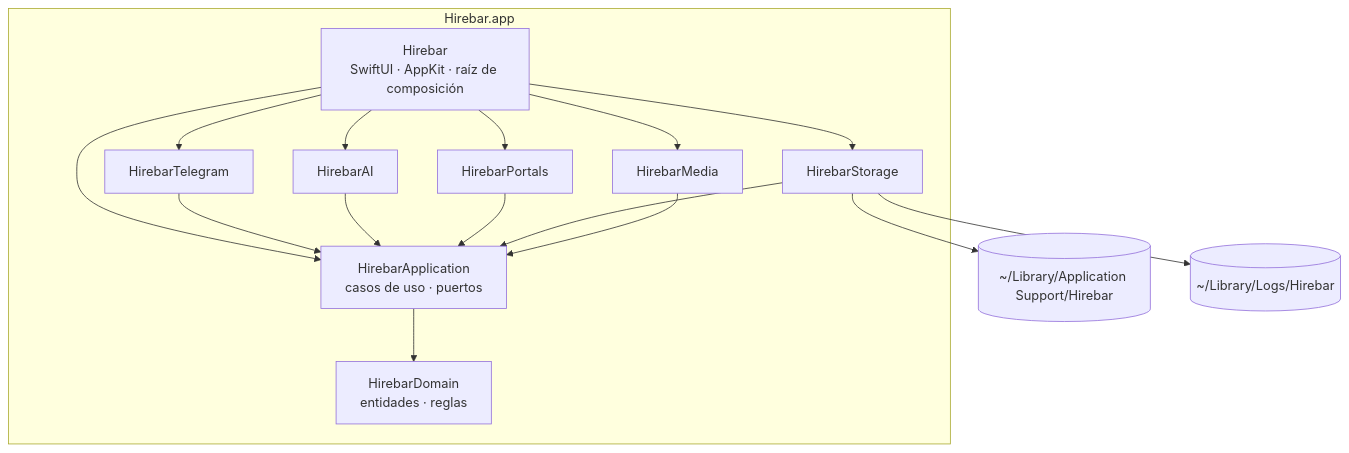
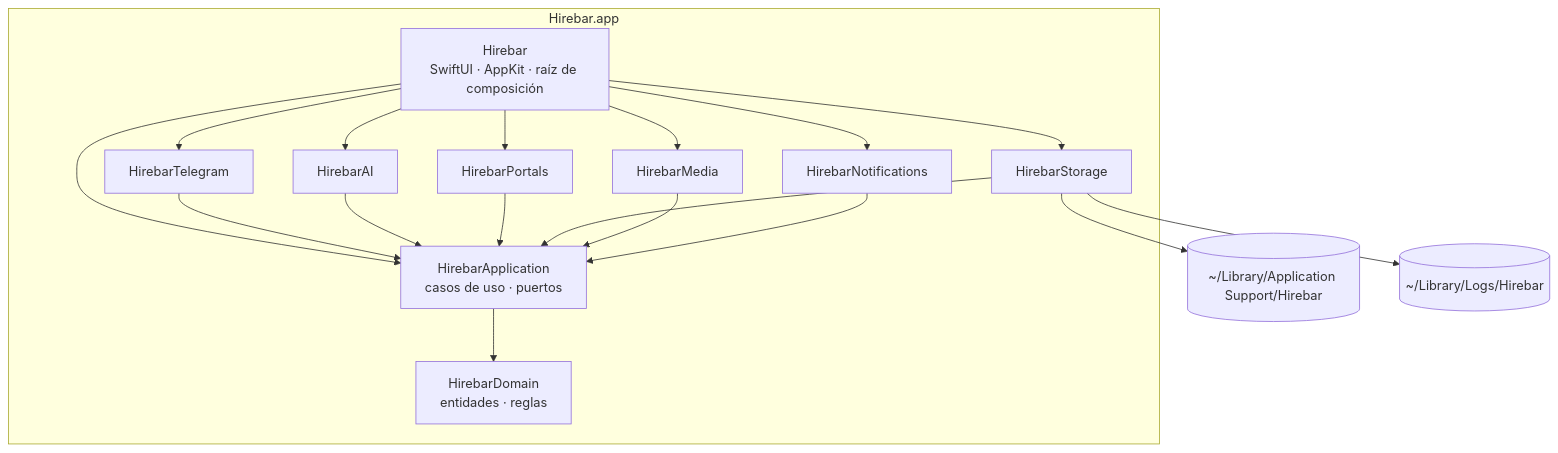
The second of 2 diagrams in ARCHITECTURE.md (cenhawer/Hirebar), drawn with Mermaid before and after one commit. The commit also changed other lines of this file and 1 other file, not shown here.

Commit message:
docs: replace ntfy with macos notifications as fallback channel

````diff
--- a/ARCHITECTURE.md
+++ b/ARCHITECTURE.md
@@ -80,22 +80,23 @@
 ```mermaid
 flowchart TB
     subgraph app[Hirebar.app]
         ui[Hirebar<br/>SwiftUI · AppKit · raíz de composición]
         appcore[HirebarApplication<br/>casos de uso · puertos]
         domain[HirebarDomain<br/>entidades · reglas]
         telegramAdapter[HirebarTelegram]
         aiAdapter[HirebarAI]
         portalsAdapter[HirebarPortals]
         storageAdapter[HirebarStorage]
         mediaAdapter[HirebarMedia]
+        notificationsAdapter[HirebarNotifications]
     end
     data[(~/Library/Application Support/Hirebar)]
     logs[(~/Library/Logs/Hirebar)]
 
     ui --> appcore
-    ui --> telegramAdapter & aiAdapter & portalsAdapter & storageAdapter & mediaAdapter
+    ui --> telegramAdapter & aiAdapter & portalsAdapter & storageAdapter & mediaAdapter & notificationsAdapter
     appcore --> domain
-    telegramAdapter & aiAdapter & portalsAdapter & storageAdapter & mediaAdapter --> appcore
+    telegramAdapter & aiAdapter & portalsAdapter & storageAdapter & mediaAdapter & notificationsAdapter --> appcore
     storageAdapter --> data
     storageAdapter --> logs
 ```
````
